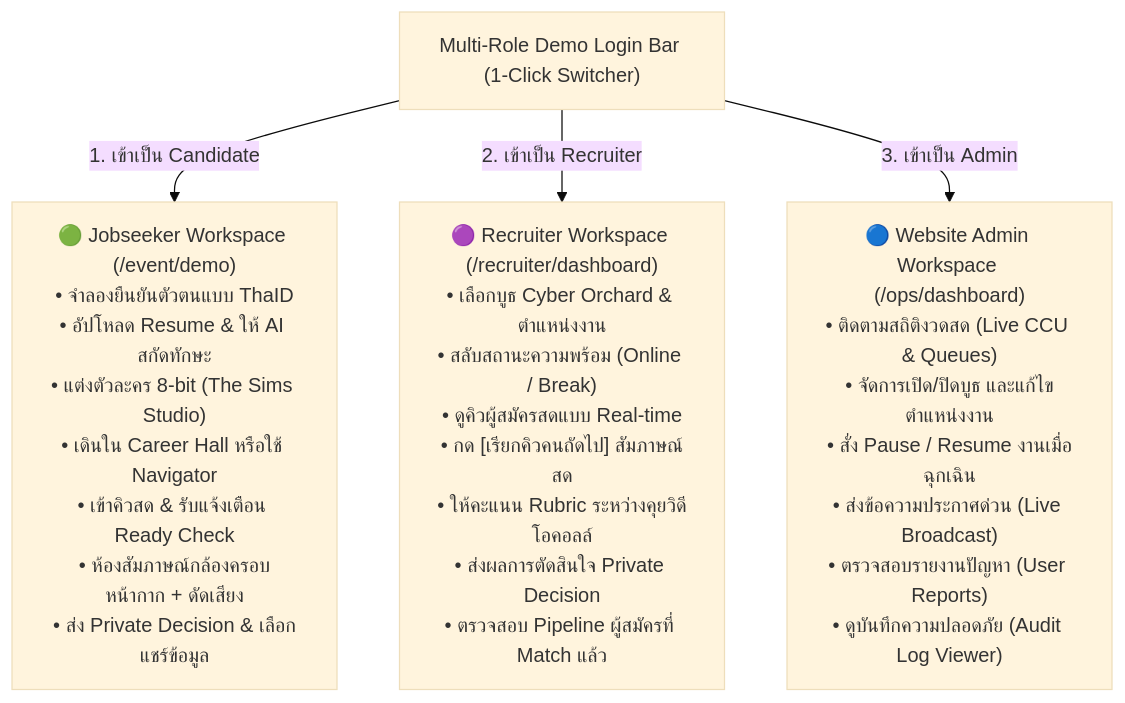
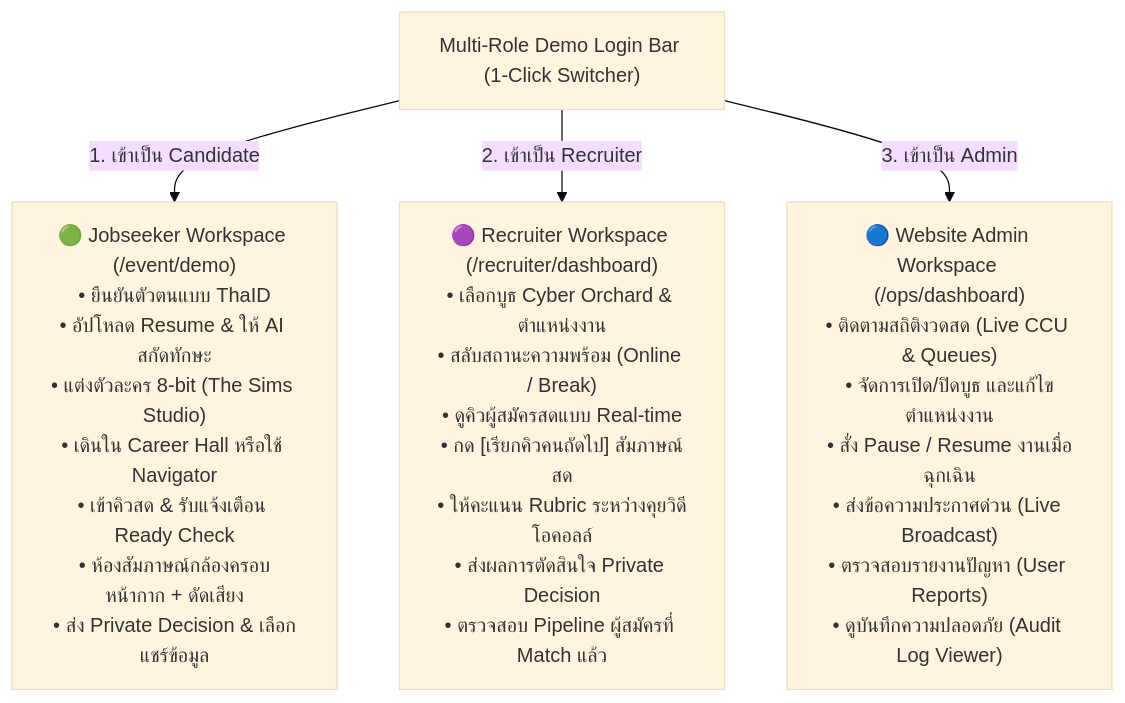
One commit to ctrlaltnate/MM-HKT-REV2 changed the diagram in docs/01-overview/personas-and-permissions.md. Above: the diagram before and after it, drawn with Mermaid (base theme). The commit also changed other lines of this file and 25 other files, not shown here.

````diff
--- a/docs/01-overview/personas-and-permissions.md
+++ b/docs/01-overview/personas-and-permissions.md
@@ -101,10 +101,10 @@
 ```mermaid
 flowchart TD
     DEMO_BAR["Multi-Role Demo Login Bar (1-Click Switcher)"]
     
-    DEMO_BAR -->|"1. เข้าเป็น Candidate"| JOBSEEKER["🟢 Jobseeker Workspace (/event/demo)\n• จำลองยืนยันตัวตนแบบ ThaID\n• อัปโหลด Resume & ให้ AI สกัดทักษะ\n• แต่งตัวละคร 8-bit (The Sims Studio)\n• เดินใน Career Hall หรือใช้ Navigator\n• เข้าคิวสด & รับแจ้งเตือน Ready Check\n• ห้องสัมภาษณ์กล้องครอบหน้ากาก + ดัดเสียง\n• ส่ง Private Decision & เลือกแชร์ข้อมูล"]
+    DEMO_BAR -->|"1. เข้าเป็น Candidate"| JOBSEEKER["🟢 Jobseeker Workspace (/event/demo)\n• ยืนยันตัวตนแบบ ThaID\n• อัปโหลด Resume & ให้ AI สกัดทักษะ\n• แต่งตัวละคร 8-bit (The Sims Studio)\n• เดินใน Career Hall หรือใช้ Navigator\n• เข้าคิวสด & รับแจ้งเตือน Ready Check\n• ห้องสัมภาษณ์กล้องครอบหน้ากาก + ดัดเสียง\n• ส่ง Private Decision & เลือกแชร์ข้อมูล"]
 
     DEMO_BAR -->|"2. เข้าเป็น Recruiter"| RECRUITER["🟣 Recruiter Workspace (/recruiter/dashboard)\n• เลือกบูธ Cyber Orchard & ตำแหน่งงาน\n• สลับสถานะความพร้อม (Online / Break)\n• ดูคิวผู้สมัครสดแบบ Real-time\n• กด [เรียกคิวคนถัดไป] สัมภาษณ์สด\n• ให้คะแนน Rubric ระหว่างคุยวิดีโอคอลล์\n• ส่งผลการตัดสินใจ Private Decision\n• ตรวจสอบ Pipeline ผู้สมัครที่ Match แล้ว"]
 
     DEMO_BAR -->|"3. เข้าเป็น Admin"| ADMIN["🔵 Website Admin Workspace (/ops/dashboard)\n• ติดตามสถิติงวดสด (Live CCU & Queues)\n• จัดการเปิด/ปิดบูธ และแก้ไขตำแหน่งงาน\n• สั่ง Pause / Resume งานเมื่อฉุกเฉิน\n• ส่งข้อความประกาศด่วน (Live Broadcast)\n• ตรวจสอบรายงานปัญหา (User Reports)\n• ดูบันทึกความปลอดภัย (Audit Log Viewer)"]
 ```
````
